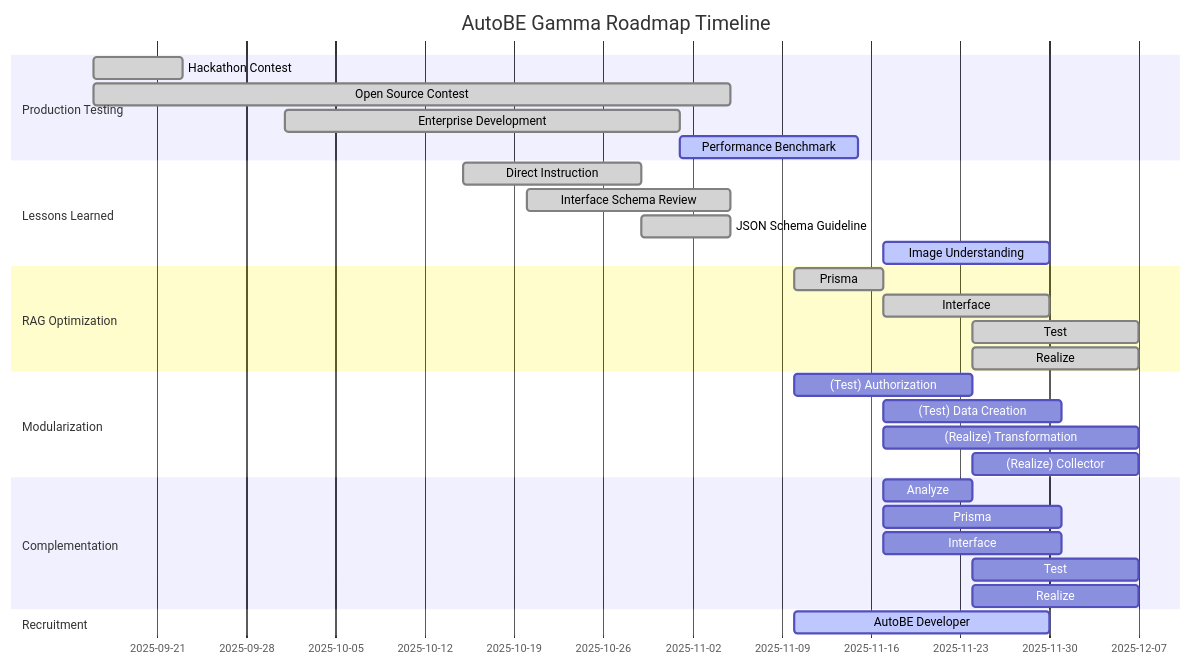
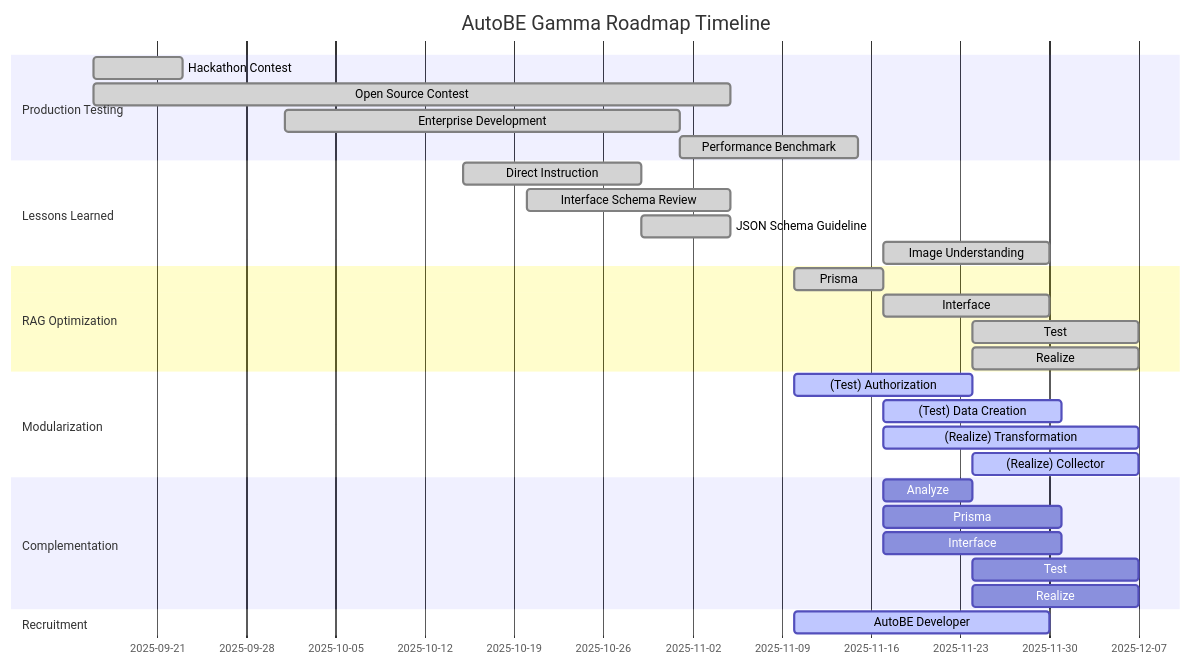
One commit to RavenView-ai/autobe changed the second of 2 diagrams in README.md. Above: the diagram before and after it, drawn with Mermaid. The commit also changed 1 other file, not shown here.

Commit message:
feat(website): gamma roadmap revise (#806)

````diff
--- a/README.md
+++ b/README.md
@@ -175,39 +175,39 @@
 ```mermaid
 gantt
   dateFormat YYYY-MM-DD
   title AutoBE Gamma Roadmap Timeline
 
   section Production Testing
-  Hackathon Contest     : done  , 2025-09-16,  7d
-  Open Source Contest   : done  , 2025-09-16, 50d
-  Enterprise Development: done  , 2025-10-01, 31d
-  Performance Benchmark : active, 2025-11-01, 14d
+  Hackathon Contest     : done, 2025-09-16,  7d
+  Open Source Contest   : done, 2025-09-16, 50d
+  Enterprise Development: done, 2025-10-01, 31d
+  Performance Benchmark : done, 2025-11-01, 14d
   
   section Lessons Learned
-  Direct Instruction     : done  , 2025-10-15, 14d
-  Interface Schema Review: done  , 2025-10-20, 16d
-  JSON Schema Guideline  : done  , 2025-10-29,  7d
-  Image Understanding    : active, 2025-11-17, 13d
+  Direct Instruction     : done, 2025-10-15, 14d
+  Interface Schema Review: done, 2025-10-20, 16d
+  JSON Schema Guideline  : done, 2025-10-29,  7d
+  Image Understanding    : done, 2025-11-17, 13d
 
   section RAG Optimization
   Prisma   : done, 2025-11-10,  7d
   Interface: done, 2025-11-17, 13d
   Test     : done, 2025-11-24, 13d
   Realize  : done, 2025-11-24, 13d
 
   section Modularization
-  (Test) Authorization    : planned, 2025-11-10, 14d
-  (Test) Data Creation    : planned, 2025-11-17, 14d
-  (Realize) Transformation: planned, 2025-11-17, 20d
-  (Realize) Collector     : planned, 2025-11-24, 13d
+  (Test) Authorization    : active, 2025-11-10, 14d
+  (Test) Data Creation    : active, 2025-11-17, 14d
+  (Realize) Transformation: active, 2025-11-17, 20d
+  (Realize) Collector     : active, 2025-11-24, 13d
 
   section Complementation
   Analyze  : planned, 2025-11-17,  7d
   Prisma   : planned, 2025-11-17, 14d
   Interface: planned, 2025-11-17, 14d
   Test     : planned, 2025-11-24, 13d
   Realize  : planned, 2025-11-24, 13d
 
   section Recruitment
   AutoBE Developer: active, 2025-11-10, 20d
 ```
````
